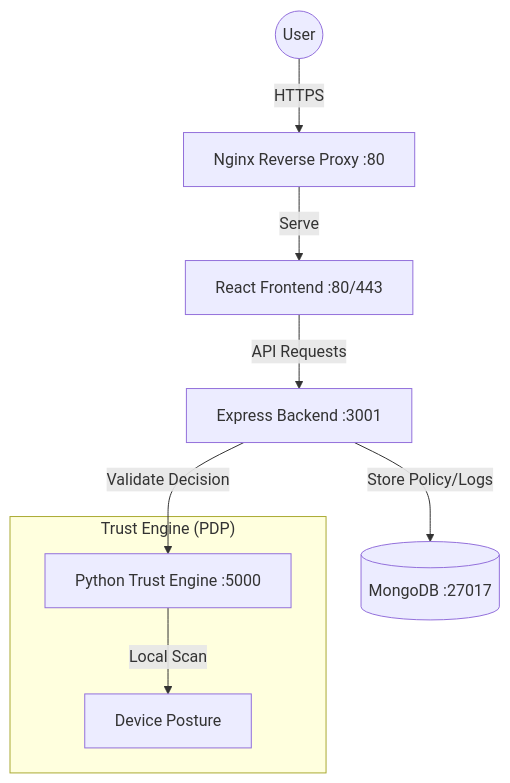
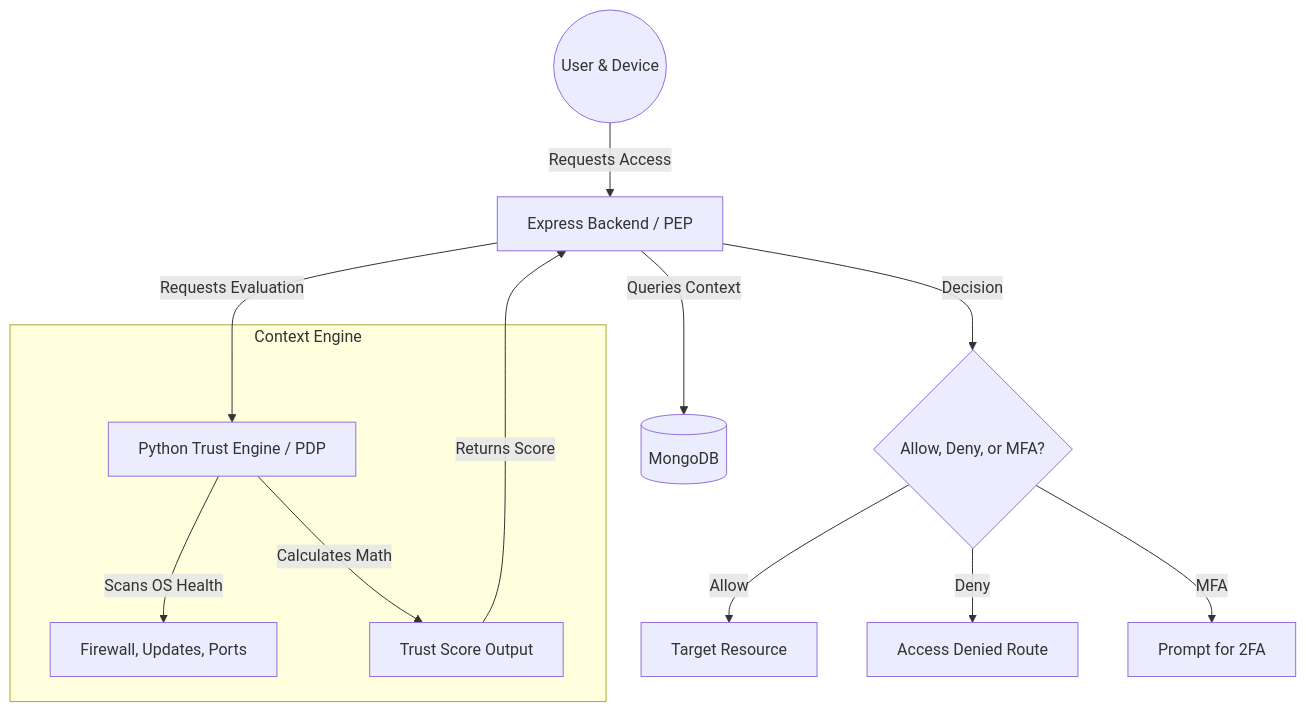
Before and after one commit to SoraPewnaldo/Zero-trust: the diagram in README.md, drawn with Mermaid. The commit also changed other lines of this file, not shown here.

Commit message:
docs: rewrite README as comprehensive Capstone Project report detailing Zero Trust Architecture and system workflows

````diff
--- a/README.md
+++ b/README.md
@@ -18,12 +30,18 @@
 ```mermaid
 graph TD
-    User((User)) -->|HTTPS| Proxy[Nginx Reverse Proxy :80]
-    Proxy -->|Serve| Frontend[React Frontend :80/443]
-    Frontend -->|API Requests| Backend[Express Backend :3001]
-    Backend -->|Validate Decision| PDP[Python Trust Engine :5000]
-    Backend -->|Store Policy/Logs| DB[(MongoDB :27017)]
+    User((User & Device)) -->|Requests Access| PEP[Express Backend / PEP]
+    PEP -->|Queries Context| DB[(MongoDB)]
+    PEP -->|Requests Evaluation| PDP[Python Trust Engine / PDP]
 
-    subgraph "Trust Engine (PDP)"
-        PDP -->|Local Scan| OS[Device Posture]
+    subgraph "Context Engine"
+        PDP -->|Scans OS Health| OS[Firewall, Updates, Ports]
+        PDP -->|Calculates Math| Score[Trust Score Output]
     end
+
+    Score -->|Returns Score| PEP
+    PEP -->|Decision| Result{Allow, Deny, or MFA?}
+
+    Result -->|Allow| Resource[Target Resource]
+    Result -->|Deny| Block[Access Denied Route]
+    Result -->|MFA| OTP[Prompt for 2FA]
 ```
````
